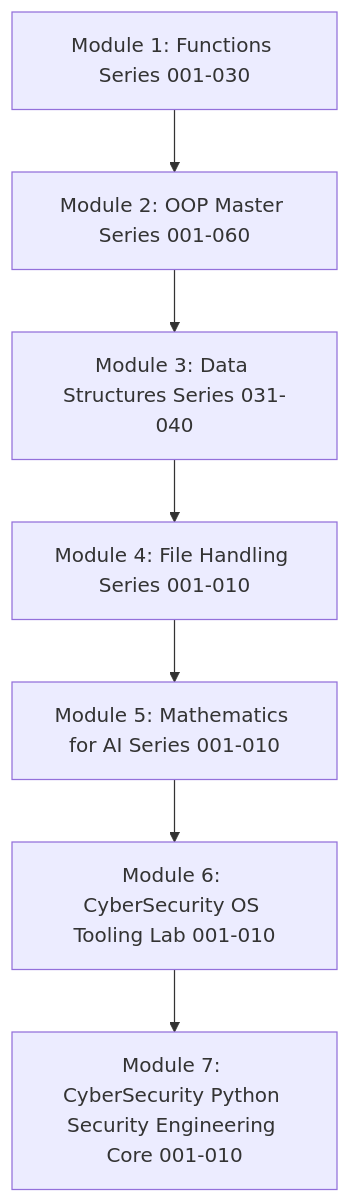
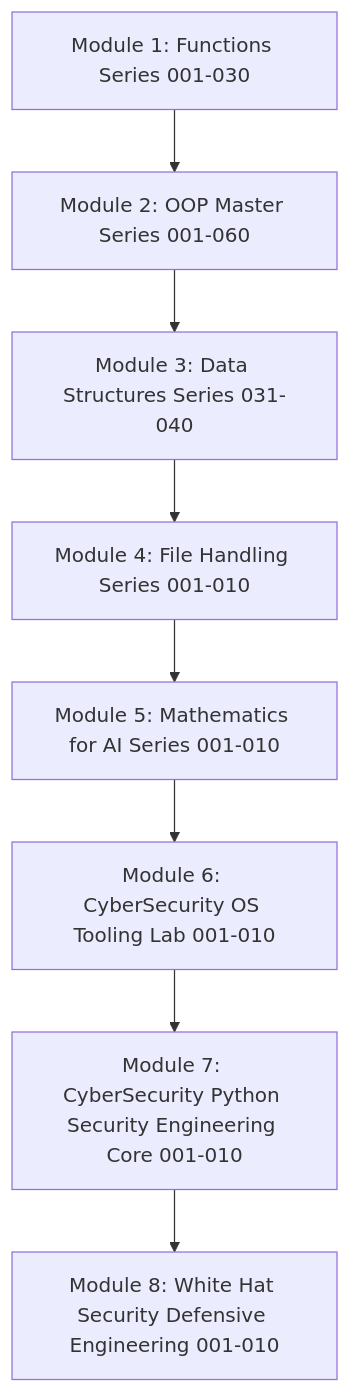
Before and after one commit to LIKITH-3012-MAC/Complete-Python-3-oops-also-: the diagram in README.md, drawn with Mermaid. The commit also changed other lines of this file and 12 other files, not shown here.

Commit message:
Add White Hat Security Defensive Engineering series (001-010) with 10 notebooks, folder README, and root README updates

````diff
--- a/README.md
+++ b/README.md
@@ -22,9 +22,10 @@
 ```mermaid
 graph TD
     A[Module 1: Functions Series 001-030] --> B[Module 2: OOP Master Series 001-060]
     B --> C[Module 3: Data Structures Series 031-040]
     C --> D[Module 4: File Handling Series 001-010]
     D --> E[Module 5: Mathematics for AI Series 001-010]
     E --> F[Module 6: CyberSecurity OS Tooling Lab 001-010]
     F --> G[Module 7: CyberSecurity Python Security Engineering Core 001-010]
+    G --> H[Module 8: White Hat Security Defensive Engineering 001-010]
 ```
````
